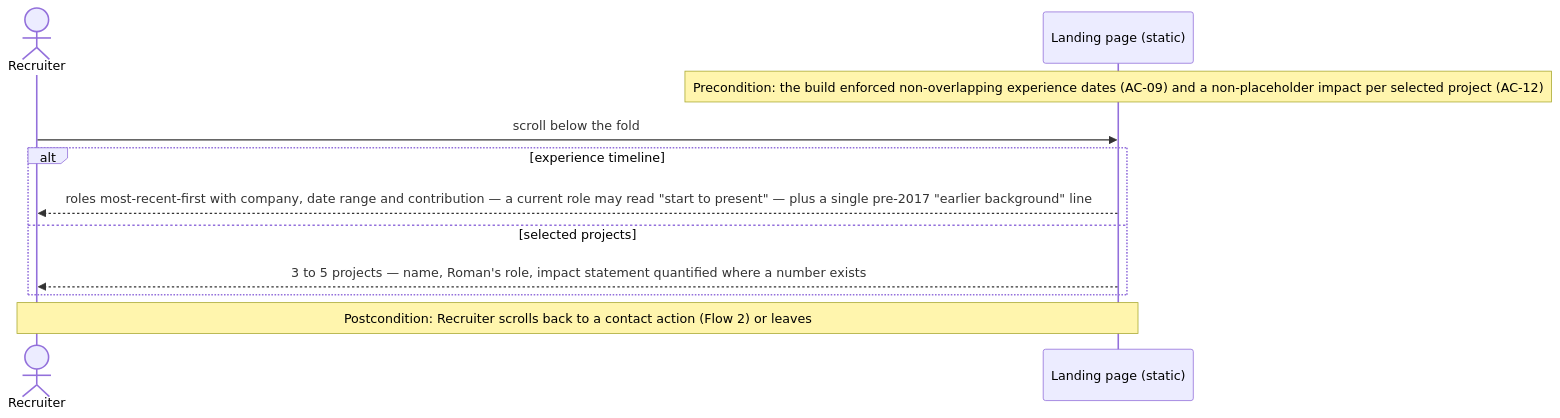
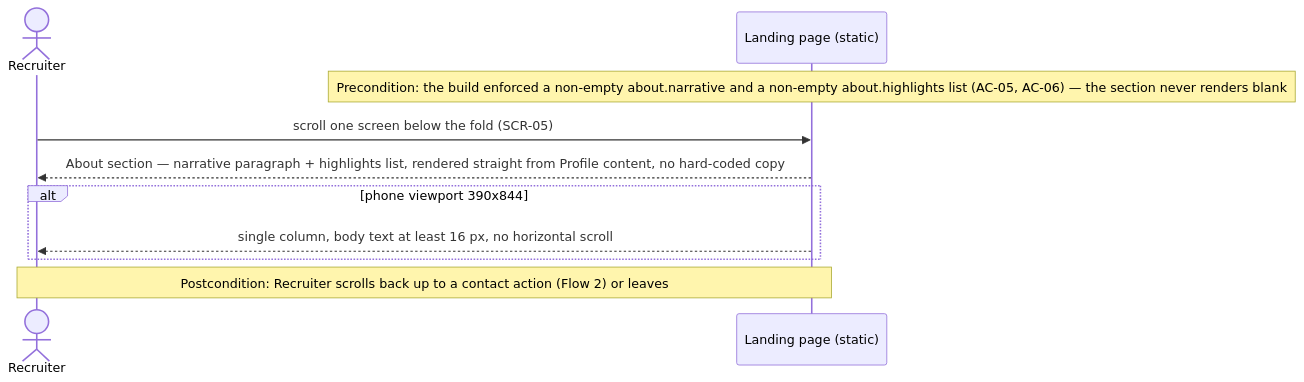
Before and after one commit to financeasist/personal-page: the fifth of 6 diagrams in docs/features/personal-landing/sad.md, drawn with Mermaid. The commit also changed other lines of this file, not shown here.

First line of the commit message:
sequences: personal-landing — re-sync §6 to phone-out / About-in scope

````diff
--- a/docs/features/personal-landing/sad.md
+++ b/docs/features/personal-landing/sad.md
@@ -249,13 +226,12 @@
 ```mermaid
 sequenceDiagram
     actor Recruiter
     participant Page as Landing page (static)
-    Note over Page: Precondition: the build enforced non-overlapping experience dates (AC-09) and a non-placeholder impact per selected project (AC-12)
-    Recruiter->>Page: scroll below the fold
-    alt experience timeline
-        Page-->>Recruiter: roles most-recent-first with company, date range and contribution — a current role may read "start to present" — plus a single pre-2017 "earlier background" line
-    else selected projects
-        Page-->>Recruiter: 3 to 5 projects — name, Roman's role, impact statement quantified where a number exists
+    Note over Page: Precondition: the build enforced a non-empty about.narrative and a non-empty about.highlights list (AC-05, AC-06) — the section never renders blank
+    Recruiter->>Page: scroll one screen below the fold (SCR-05)
+    Page-->>Recruiter: About section — narrative paragraph + highlights list, rendered straight from Profile content, no hard-coded copy
+    alt phone viewport 390x844
+        Page-->>Recruiter: single column, body text at least 16 px, no horizontal scroll
     end
-    Note over Recruiter,Page: Postcondition: Recruiter scrolls back to a contact action (Flow 2) or leaves
+    Note over Recruiter,Page: Postcondition: Recruiter scrolls back up to a contact action (Flow 2) or leaves
 ```
````
